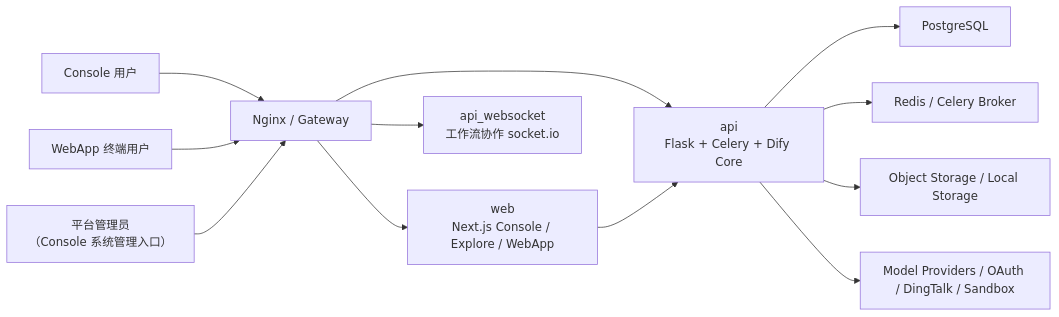
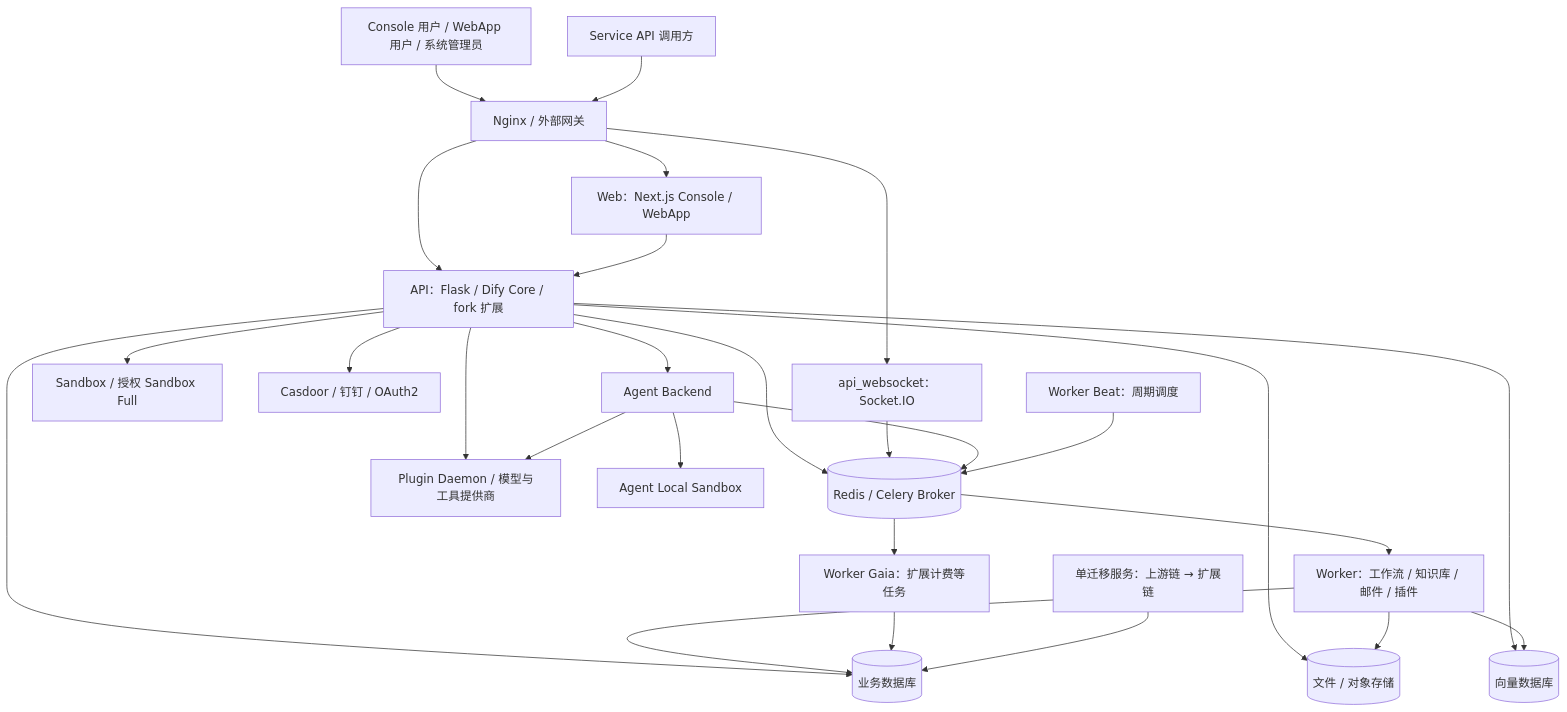
Before and after one commit to YFGaia/dify-plus: the first of 4 diagrams in docs/dify-plus/整体架构图.md, drawn with Mermaid. The commit also changed other lines of this file and 22 other files, not shown here.

````diff
--- a/docs/dify-plus/整体架构图.md
+++ b/docs/dify-plus/整体架构图.md
@@ -13,17 +7,29 @@
 ```mermaid
-flowchart LR
-    U1["Console 用户"] --> N["Nginx / Gateway"]
-    U2["WebApp 终端用户"] --> N
-    U3["平台管理员<br/>（Console 系统管理入口）"] --> N
-
-    N --> W["web<br/>Next.js Console / Explore / WebApp"]
-    N --> A["api<br/>Flask + Celery + Dify Core"]
-    N --> AWS["api_websocket<br/>工作流协作 socket.io"]
-
+flowchart TB
+    Users[Console 用户 / WebApp 用户 / 系统管理员] --> N[Nginx / 外部网关]
+    Client[Service API 调用方] --> N
+    N --> W[Web：Next.js Console / WebApp]
+    N --> A[API：Flask / Dify Core / fork 扩展]
+    N --> WS[api_websocket：Socket.IO]
     W --> A
-
-    A --> PG["PostgreSQL"]
-    A --> R["Redis / Celery Broker"]
-    A --> S["Object Storage / Local Storage"]
-    A --> M["Model Providers / OAuth / DingTalk / Sandbox"]
+    A --> DB[(业务数据库)]
+    A --> R[(Redis / Celery Broker)]
+    WS --> R
+    A --> ST[(文件 / 对象存储)]
+    A --> V[(向量数据库)]
+    A --> PD[Plugin Daemon / 模型与工具提供商]
+    A --> SB[Sandbox / 授权 Sandbox Full]
+    A --> ID[Casdoor / 钉钉 / OAuth2]
+    A --> AG[Agent Backend]
+    AG --> LS[Agent Local Sandbox]
+    AG --> PD
+    AG --> R
+    R --> WK[Worker：工作流 / 知识库 / 邮件 / 插件]
+    R --> EX[Worker Gaia：扩展计费等任务]
+    BEAT[Worker Beat：周期调度] --> R
+    WK --> DB
+    WK --> ST
+    WK --> V
+    EX --> DB
+    MIG[单迁移服务：上游链 → 扩展链] --> DB
 ```
````
